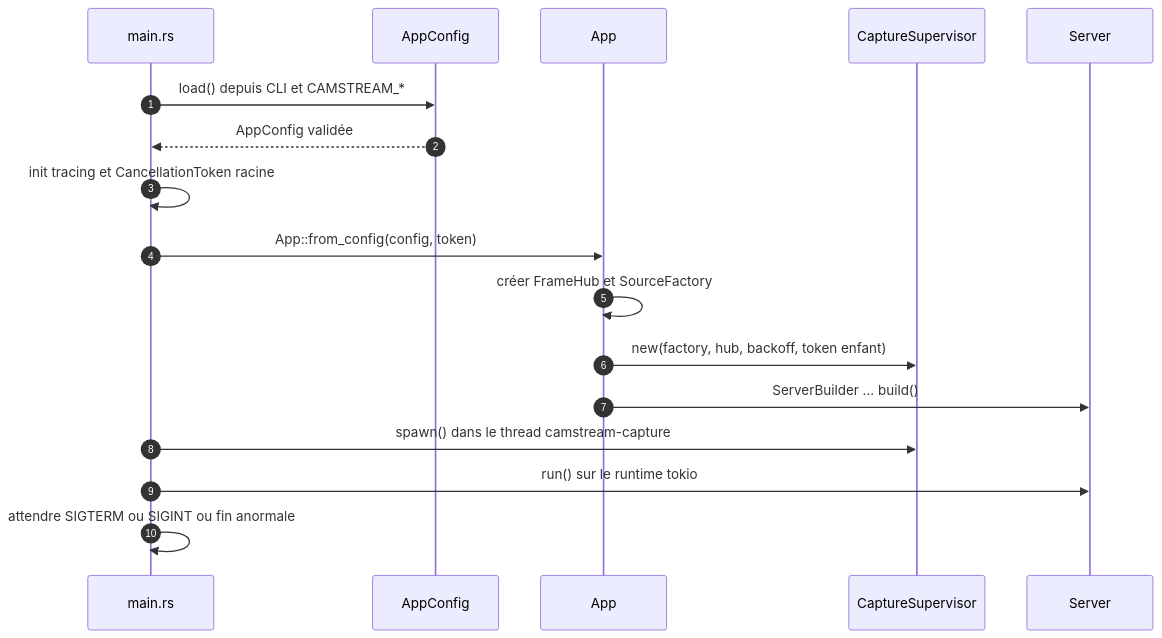
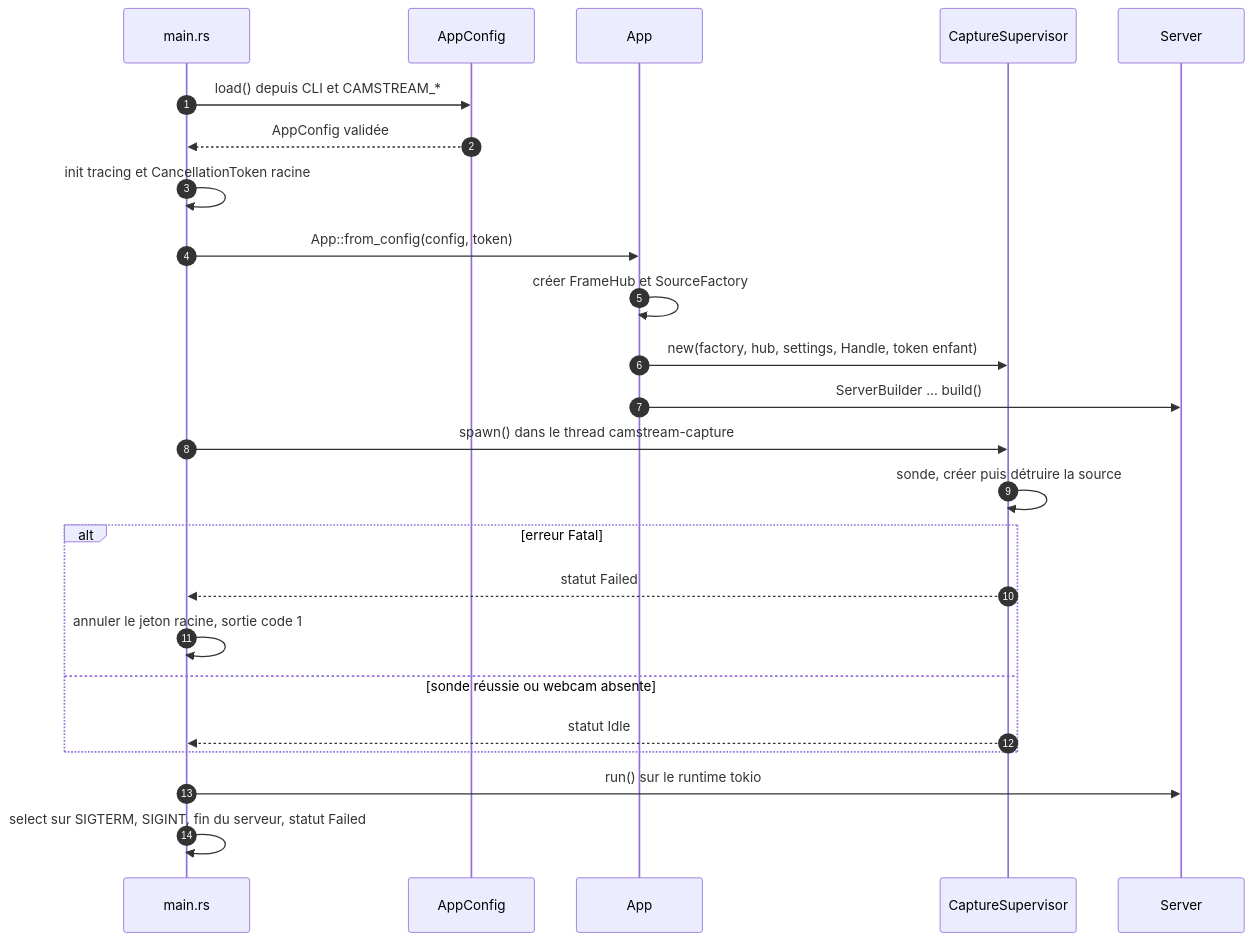
Before and after one commit to jprecigout/camstream: the sixth of 10 diagrams in docs/architecture.md, drawn with Mermaid. The commit also changed other lines of this file and 8 other files, not shown here.

First line of the commit message:
docs(architecture): intégrer les décisions v1 et ajouter les ADR 0006 et 0007

````diff
--- a/docs/architecture.md
+++ b/docs/architecture.md
@@ -909,19 +1172,26 @@
 ```mermaid
 sequenceDiagram
     autonumber
     participant Main as main.rs
     participant Cfg as AppConfig
     participant App as App
     participant Sup as CaptureSupervisor
     participant Srv as Server
     Main->>Cfg: load() depuis CLI et CAMSTREAM_*
     Cfg-->>Main: AppConfig validée
     Main->>Main: init tracing et CancellationToken racine
     Main->>App: App::from_config(config, token)
     App->>App: créer FrameHub et SourceFactory
-    App->>Sup: new(factory, hub, backoff, token enfant)
+    App->>Sup: new(factory, hub, settings, Handle, token enfant)
     App->>Srv: ServerBuilder ... build()
     Main->>Sup: spawn() dans le thread camstream-capture
+    Sup->>Sup: sonde, créer puis détruire la source
+    alt erreur Fatal
+        Sup-->>Main: statut Failed
+        Main->>Main: annuler le jeton racine, sortie code 1
+    else sonde réussie ou webcam absente
+        Sup-->>Main: statut Idle
+    end
     Main->>Srv: run() sur le runtime tokio
-    Main->>Main: attendre SIGTERM ou SIGINT ou fin anormale
+    Main->>Main: select sur SIGTERM, SIGINT, fin du serveur, statut Failed
 ```
````
